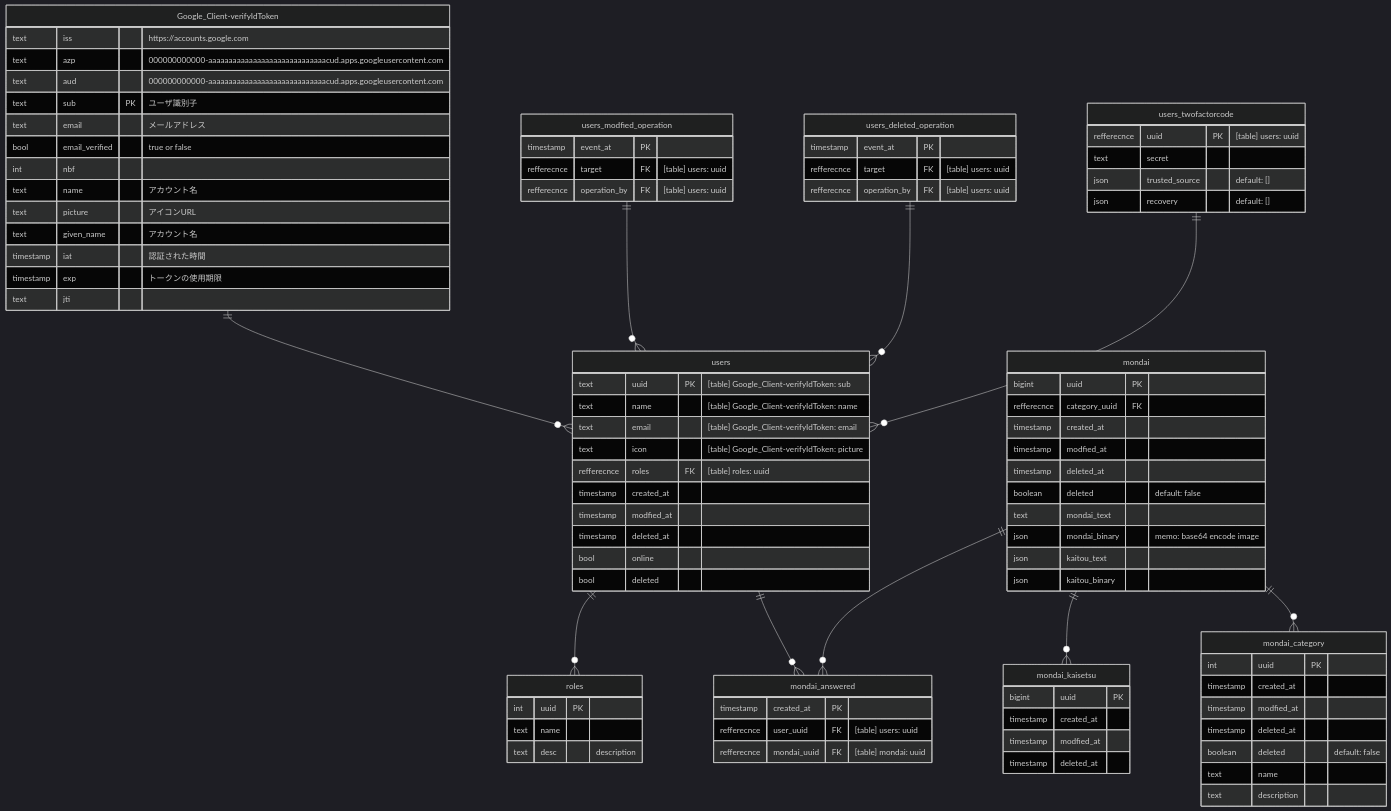
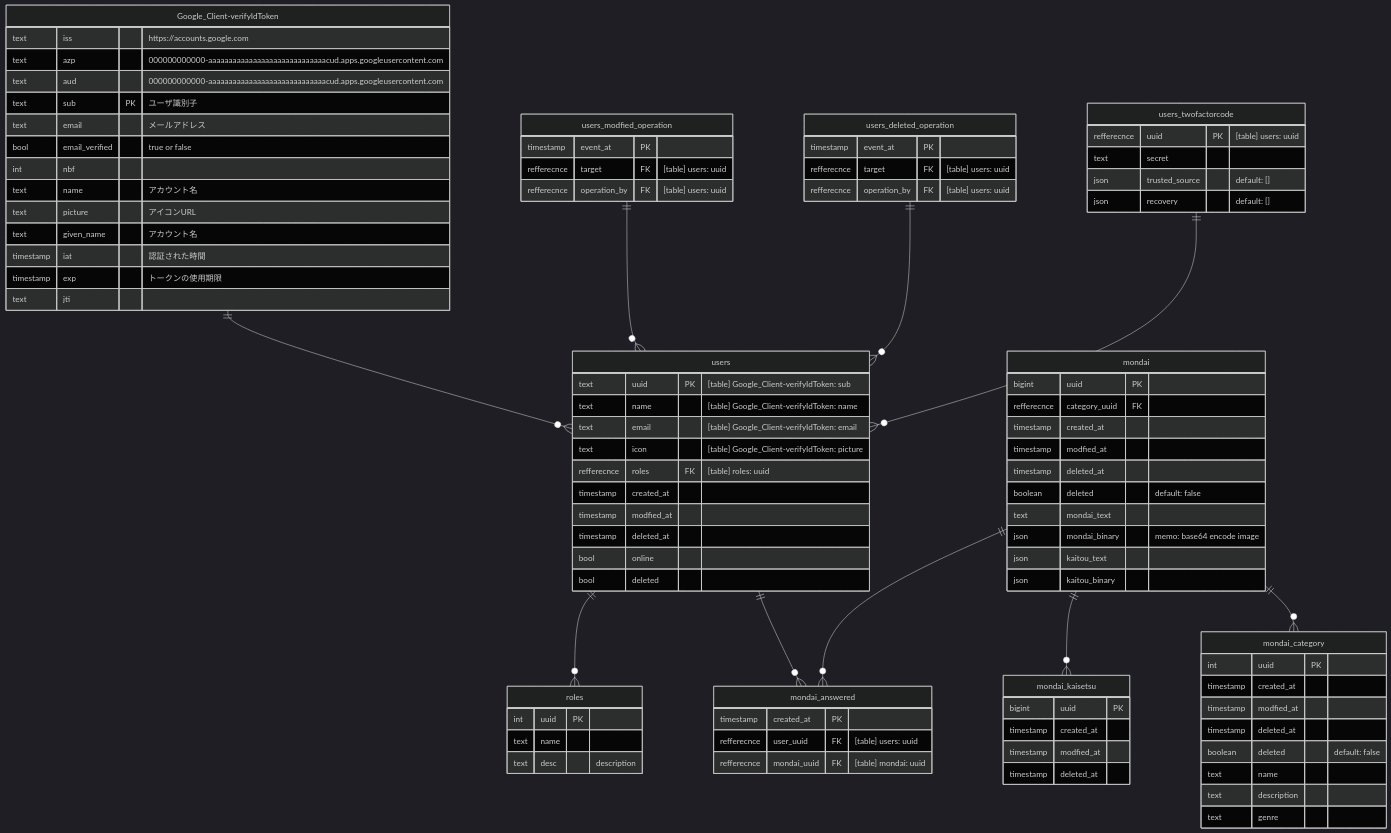
One commit to n138-kz/denkou-kakomon-dotcom changed the diagram in README.md. Above: the diagram before and after it, drawn with Mermaid (dark theme). The commit also changed 1 other file, not shown here.

Commit message:
ジャンル

```diff
--- a/README.md
+++ b/README.md
@@ -110,6 +110,7 @@
     boolean deleted "default: false"
     text name
     text description
+    text genre
 }
 
 mondai_answered {
```
